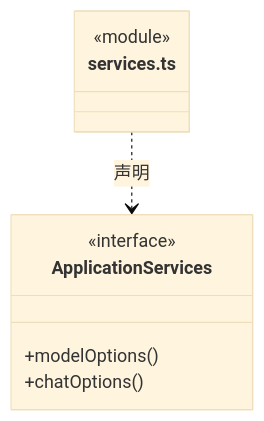
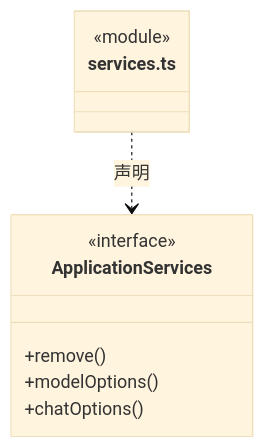
Before and after one commit to nan023062/cbim: diagram 14 of 22 in src/bridge/server/ipc/ARCHITECTURE.md, drawn with Mermaid (base theme). The commit also changed other lines of this file and 27 other files, not shown here.

````diff
--- a/src/bridge/server/ipc/ARCHITECTURE.md
+++ b/src/bridge/server/ipc/ARCHITECTURE.md
@@ -231,12 +231,13 @@
 ```mermaid
 classDiagram
 class N_src_bridge_server_ipc_services_ts["services.ts"] {
   <<module>>
 }
 class N_src_bridge_server_ipc_services_ts_ApplicationServices["ApplicationServices"] {
   <<interface>>
+  +remove()
   +modelOptions()
   +chatOptions()
 }
 N_src_bridge_server_ipc_services_ts ..> N_src_bridge_server_ipc_services_ts_ApplicationServices : 声明
 ```
````
